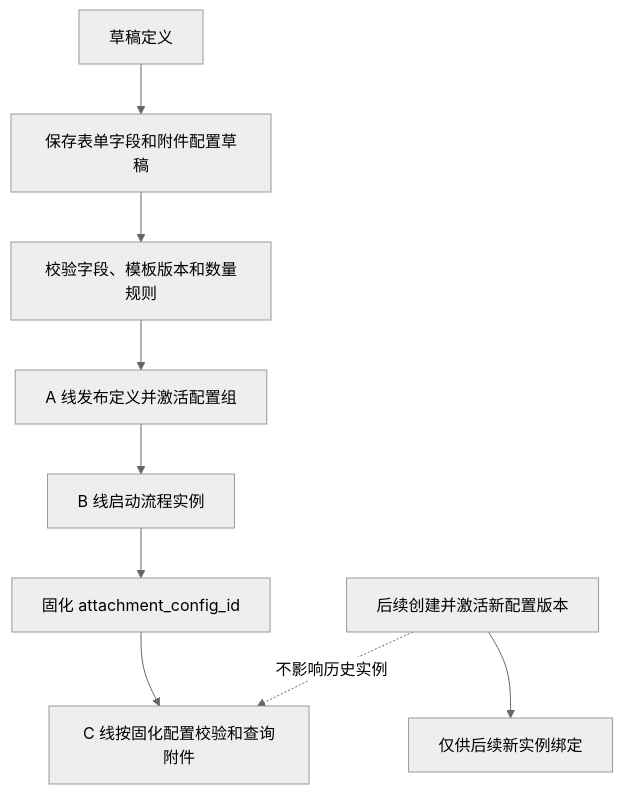
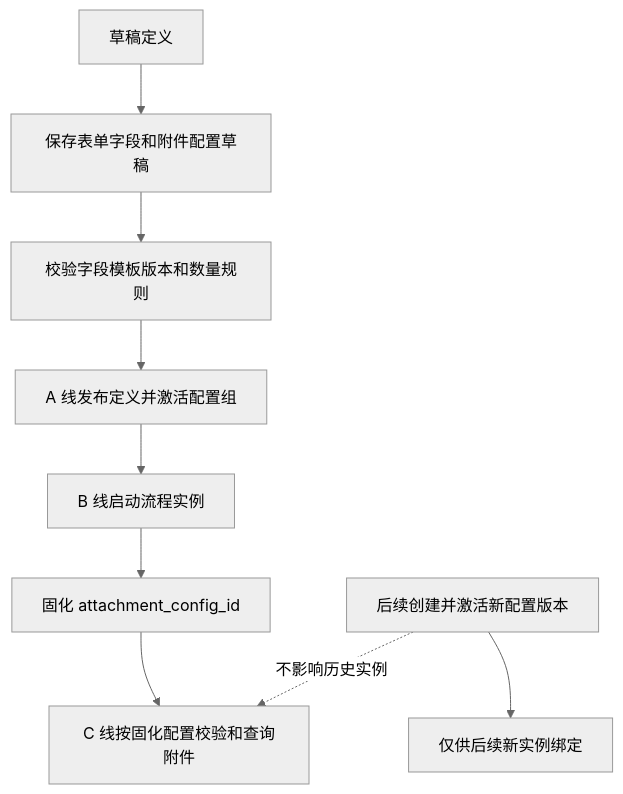
One commit to ZQ7777777/flow-mind changed the third of 15 diagrams in doc/实习生C/实习生C开发文档.md. Above: the diagram before and after it, drawn with Mermaid (neutral theme). The commit also changed other lines of this file and 6 other files, not shown here.

````diff
--- a/doc/实习生C/实习生C开发文档.md
+++ b/doc/实习生C/实习生C开发文档.md
@@ -267,11 +300,11 @@
 ```mermaid
-flowchart TD
-    DRAFT["草稿定义"] --> SAVE["保存表单字段和附件配置草稿"]
-    SAVE --> CHECK["校验字段、模板版本和数量规则"]
-    CHECK --> PUBLISH["A 线发布定义并激活配置组"]
-    PUBLISH --> START["B 线启动流程实例"]
-    START --> BIND["固化 attachment_config_id"]
-    BIND --> VALIDATE["C 线按固化配置校验和查询附件"]
-    NEWVER["后续创建并激活新配置版本"] -. "不影响历史实例" .-> VALIDATE
-    NEWVER --> FUTURE["仅供后续新实例绑定"]
+graph TD
+    DRAFT[草稿定义] --> SAVE[保存表单字段和附件配置草稿]
+    SAVE --> CHECK[校验字段模板版本和数量规则]
+    CHECK --> PUBLISH[A 线发布定义并激活配置组]
+    PUBLISH --> START[B 线启动流程实例]
+    START --> BIND[固化 attachment_config_id]
+    BIND --> VALIDATE[C 线按固化配置校验和查询附件]
+    NEWVER[后续创建并激活新配置版本] -. 不影响历史实例 .-> VALIDATE
+    NEWVER --> FUTURE[仅供后续新实例绑定]
 ```
````
